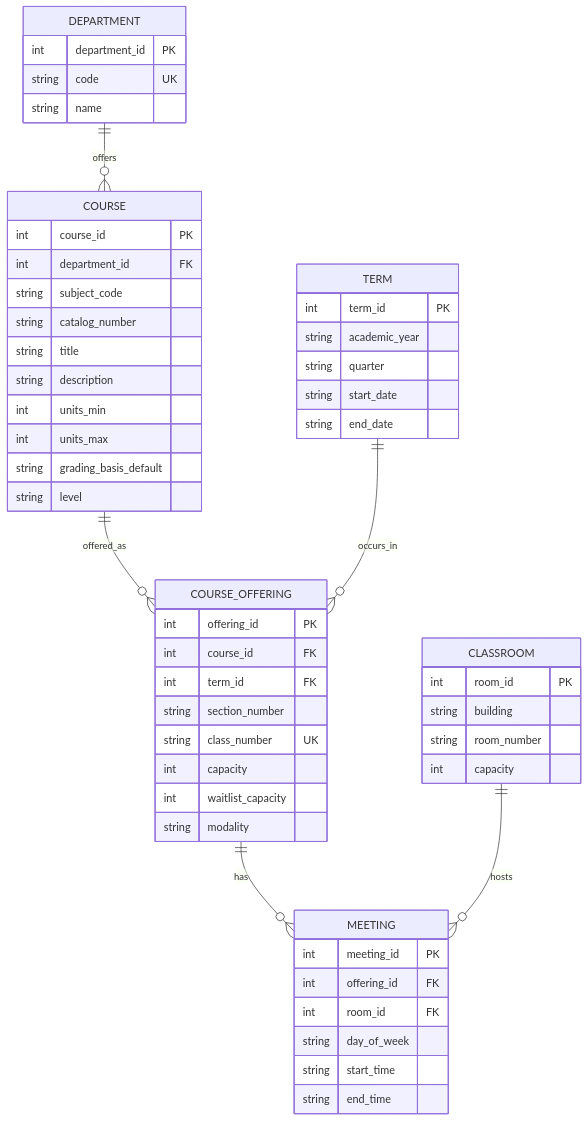
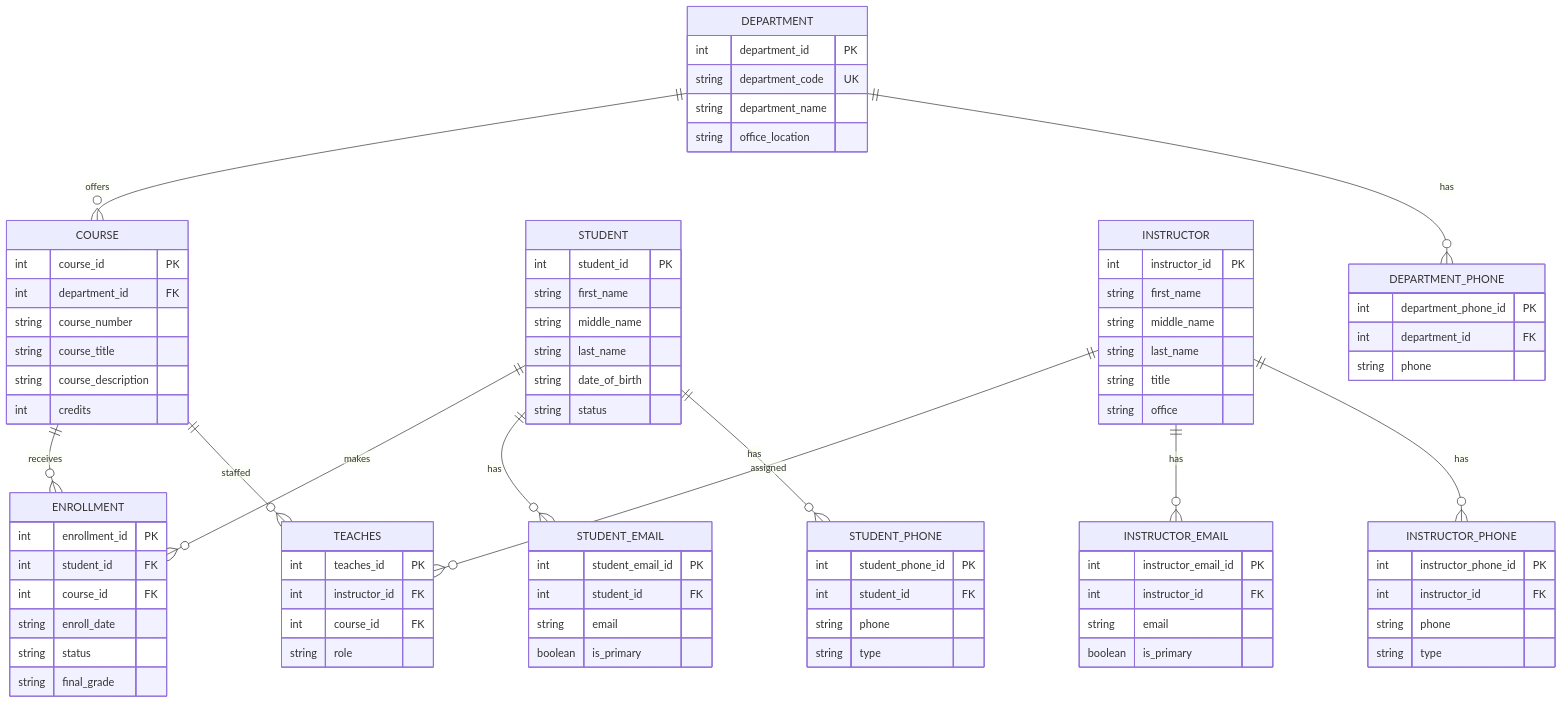
Before and after one commit to Tar-ive/ISAN_3382: the diagram in ERD.md, drawn with Mermaid. The commit also changed other lines of this file, not shown here.

Commit message:
Revise ERD to align with scenario naming + print-friendly tables

````diff
--- a/ERD.md
+++ b/ERD.md
@@ -124,64 +332,103 @@
 ```mermaid
 erDiagram
     DEPARTMENT ||--o{ COURSE : offers
-    COURSE ||--o{ COURSE_OFFERING : offered_as
-    TERM ||--o{ COURSE_OFFERING : occurs_in
 
-    COURSE_OFFERING ||--o{ MEETING : has
-    CLASSROOM ||--o{ MEETING : hosts
+    STUDENT ||--o{ ENROLLMENT : makes
+    COURSE  ||--o{ ENROLLMENT : receives
+
+    INSTRUCTOR ||--o{ TEACHES : assigned
+    COURSE      ||--o{ TEACHES : staffed
+
+    STUDENT ||--o{ STUDENT_EMAIL : has
+    STUDENT ||--o{ STUDENT_PHONE : has
+
+    INSTRUCTOR ||--o{ INSTRUCTOR_EMAIL : has
+    INSTRUCTOR ||--o{ INSTRUCTOR_PHONE : has
+
+    DEPARTMENT ||--o{ DEPARTMENT_PHONE : has
 
     DEPARTMENT {
         int department_id PK
-        string code UK
-        string name
+        string department_code UK
+        string department_name
+        string office_location
     }
 
     COURSE {
         int course_id PK
         int department_id FK
-        string subject_code
-        string catalog_number
-        string title
-        string description
-        int units_min
-        int units_max
-        string grading_basis_default
-        string level
+        string course_number
+        string course_title
+        string course_description
+        int credits
     }
 
-    TERM {
-        int term_id PK
-        string academic_year
-        string quarter
-        string start_date
-        string end_date
+    STUDENT {
+        int student_id PK
+        string first_name
+        string middle_name
+        string last_name
+        string date_of_birth
+        %% Derived attribute: age
+        string status
     }
 
-    COURSE_OFFERING {
-        int offering_id PK
-        int course_id FK
-        int term_id FK
-        string section_number
-        string class_number UK
-        int capacity
-        int waitlist_capacity
-        string modality
-        %% Derived in implementation: enrolled_count, waitlist_count
+    INSTRUCTOR {
+        int instructor_id PK
+        string first_name
+        string middle_name
+        string last_name
+        string title
+        string office
     }
 
-    CLASSROOM {
-        int room_id PK
-        string building
-        string room_number
-        int capacity
+    ENROLLMENT {
+        int enrollment_id PK
+        int student_id FK
+        int course_id FK
+        string enroll_date
+        string status
+        string final_grade
     }
 
-    MEETING {
-        int meeting_id PK
-        int offering_id FK
-        int room_id FK
-        string day_of_week
-        string start_time
-        string end_time
+    TEACHES {
+        int teaches_id PK
+        int instructor_id FK
+        int course_id FK
+        string role
+    }
+
+    STUDENT_EMAIL {
+        int student_email_id PK
+        int student_id FK
+        string email
+        boolean is_primary
+    }
+
+    STUDENT_PHONE {
+        int student_phone_id PK
+        int student_id FK
+        string phone
+        string type
+    }
+
+    INSTRUCTOR_EMAIL {
+        int instructor_email_id PK
+        int instructor_id FK
+        string email
+        boolean is_primary
+    }
+
+    INSTRUCTOR_PHONE {
+        int instructor_phone_id PK
+        int instructor_id FK
+        string phone
+        string type
+    }
+
+    DEPARTMENT_PHONE {
+        int department_phone_id PK
+        int department_id FK
+        string phone
     }
 ```
````
